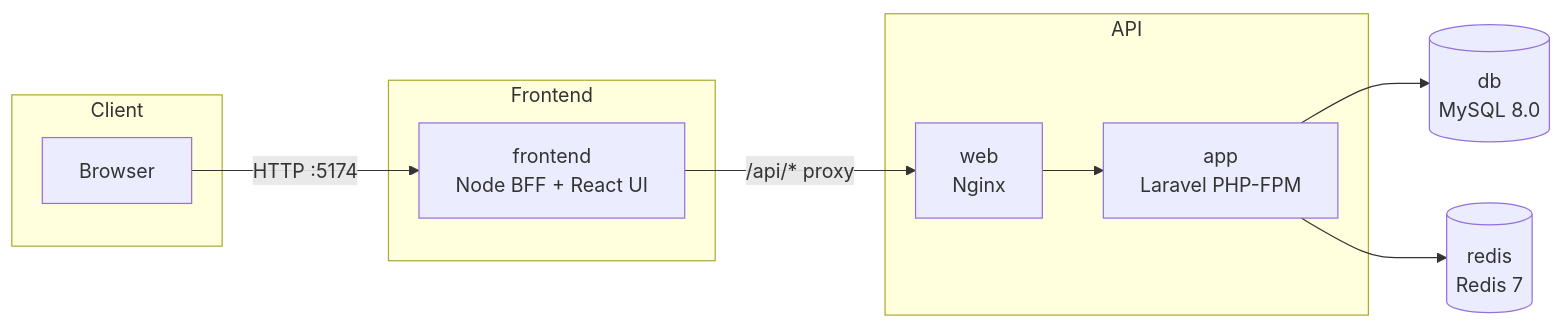
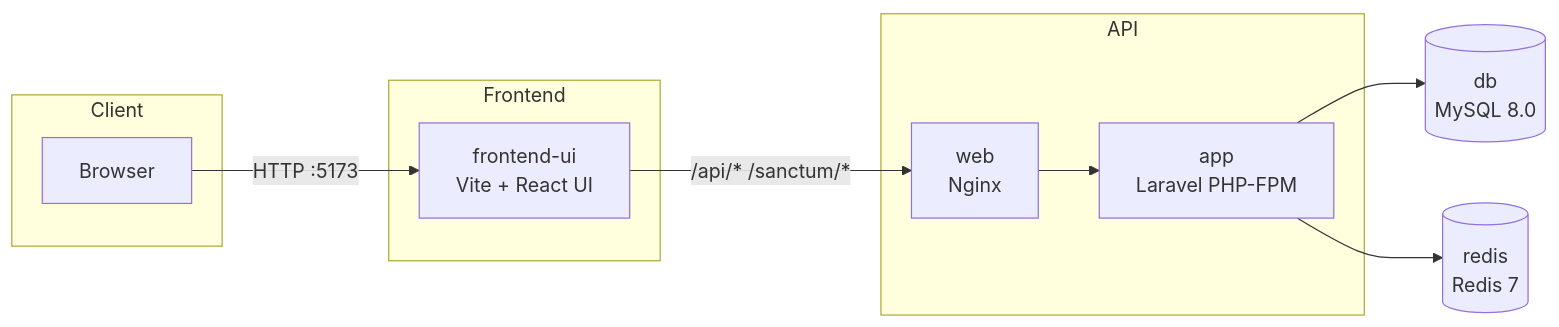
One commit to slightlyprivate/petcare-companion changed the diagram in README.md. Above: the diagram before and after it, drawn with Mermaid. The commit also changed other lines of this file and 67 other files, not shown here.

````diff
--- a/README.md
+++ b/README.md
@@ -22,24 +22,24 @@
 ```mermaid
 graph LR
   subgraph Client
     A[Browser]
   end
 
   subgraph Frontend
-    F[frontend<br/>Node BFF + React UI]
+    F[frontend-ui<br/>Vite + React UI]
   end
 
   subgraph API
     W[web<br/>Nginx]
     P[app<br/>Laravel PHP-FPM]
   end
 
   D[(db<br/>MySQL 8.0)]
   R[(redis<br/>Redis 7)]
 
-  A -->|HTTP :5174| F
-  F -->|/api/* proxy| W
+  A -->|HTTP :5173| F
+  F -->|/api/* /sanctum/*| W
   W --> P
   P --> D
   P --> R
 ```
````
